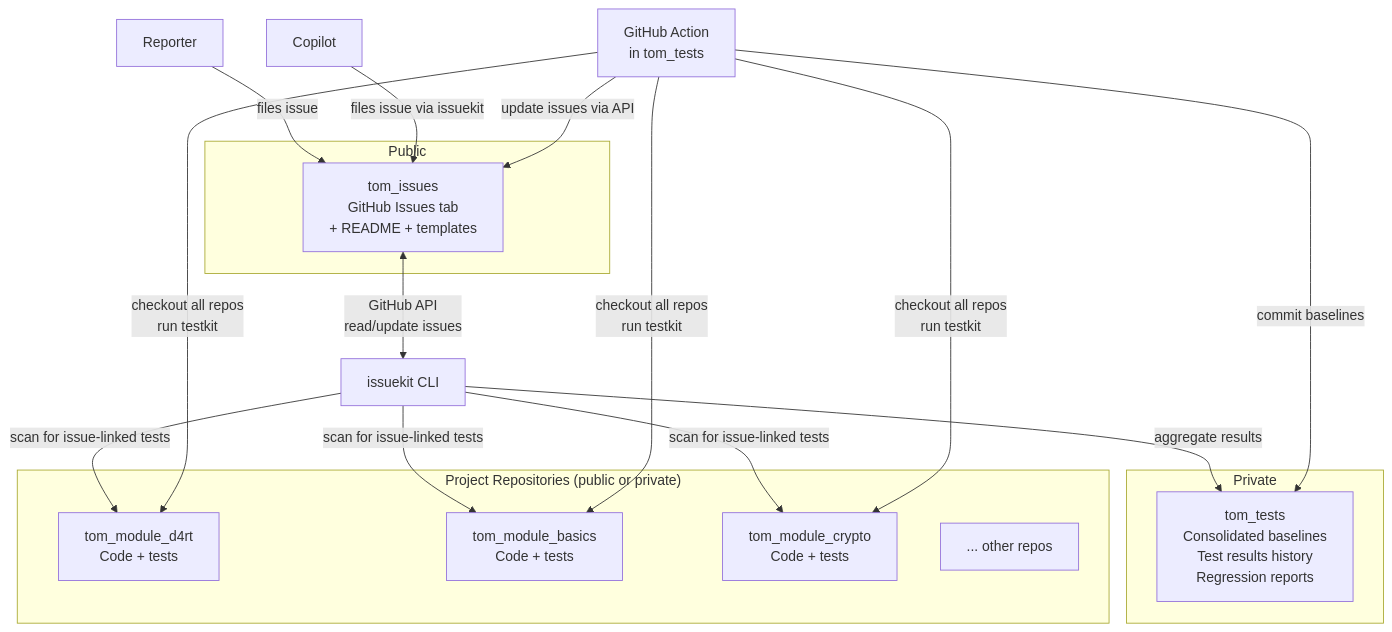
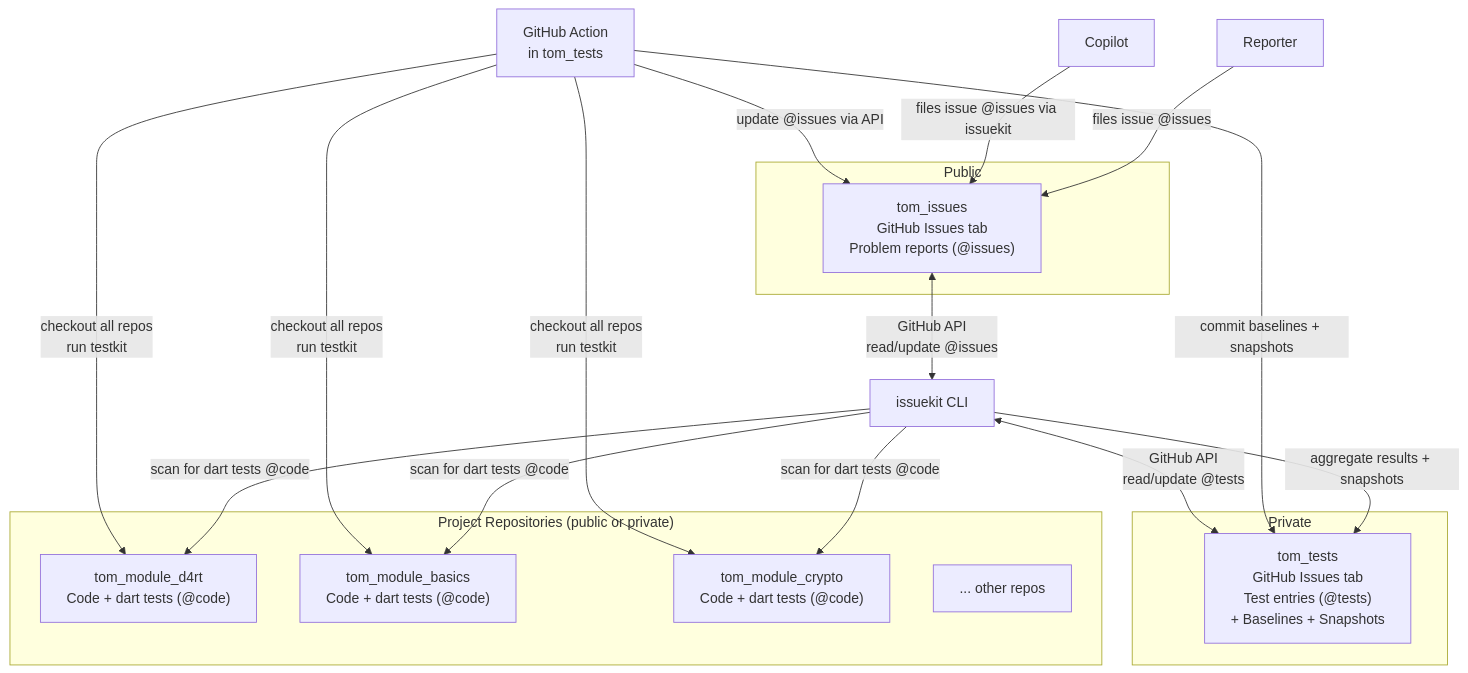
The first of 37 diagrams in tom_issue_kit/doc/issuekit_command_reference.md (al-the-bear/tom_module_basics), drawn with Mermaid before and after one commit. The commit also changed other lines of this file and 1 other file, not shown here.

First line of the commit message:
docs: architectural redesign — two issue trackers, @issues/@tests/@code terminology, nightly backup

````diff
--- a/tom_issue_kit/doc/issuekit_command_reference.md
+++ b/tom_issue_kit/doc/issuekit_command_reference.md
@@ -55,34 +58,35 @@
 ```mermaid
 graph TB
     subgraph "Public"
-        TI["tom_issues<br/>GitHub Issues tab<br/>+ README + templates"]
+        TI["tom_issues<br/>GitHub Issues tab<br/>Problem reports (@issues)"]
     end
 
     subgraph "Private"
-        TT["tom_tests<br/>Consolidated baselines<br/>Test results history<br/>Regression reports"]
+        TT["tom_tests<br/>GitHub Issues tab<br/>Test entries (@tests)<br/>+ Baselines + Snapshots"]
     end
 
     subgraph "Project Repositories (public or private)"
-        P1["tom_module_d4rt<br/>Code + tests"]
-        P2["tom_module_basics<br/>Code + tests"]
-        P3["tom_module_crypto<br/>Code + tests"]
+        P1["tom_module_d4rt<br/>Code + dart tests (@code)"]
+        P2["tom_module_basics<br/>Code + dart tests (@code)"]
+        P3["tom_module_crypto<br/>Code + dart tests (@code)"]
         PN["... other repos"]
     end
 
-    Reporter -->|files issue| TI
-    Copilot -->|"files issue via issuekit"| TI
+    Reporter -->|files issue @issues| TI
+    Copilot -->|"files issue @issues via issuekit"| TI
 
     IK["issuekit CLI"]
 
-    TI <-->|"GitHub API<br/>read/update issues"| IK
-    IK -->|"scan for issue-linked tests"| P1
-    IK -->|"scan for issue-linked tests"| P2
-    IK -->|"scan for issue-linked tests"| P3
-    IK -->|aggregate results| TT
+    TI <-->|"GitHub API<br/>read/update @issues"| IK
+    TT <-->|"GitHub API<br/>read/update @tests"| IK
+    IK -->|"scan for dart tests @code"| P1
+    IK -->|"scan for dart tests @code"| P2
+    IK -->|"scan for dart tests @code"| P3
+    IK -->|aggregate results + snapshots| TT
 
     GA["GitHub Action<br/>in tom_tests"] -->|"checkout all repos<br/>run testkit"| P1
     GA -->|"checkout all repos<br/>run testkit"| P2
     GA -->|"checkout all repos<br/>run testkit"| P3
-    GA -->|commit baselines| TT
-    GA -->|"update issues via API"| TI
+    GA -->|commit baselines + snapshots| TT
+    GA -->|"update @issues via API"| TI
 ```
````
